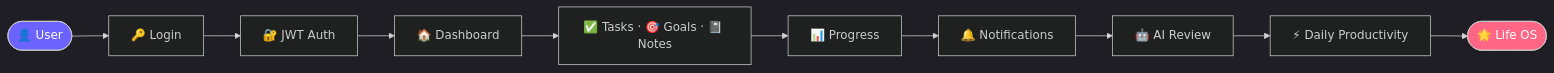
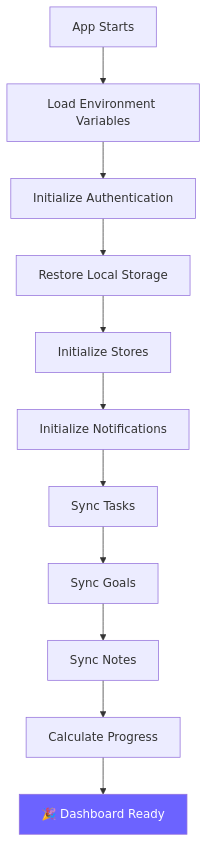
One commit to Pragatees/life-os-refined changed diagram 14 of 14 in README.md. Above: the diagram before and after it, drawn with Mermaid. The commit also changed other lines of this file, not shown here.

````diff
--- a/README.md
+++ b/README.md
@@ -382,14 +490,15 @@
 ```mermaid
-%%{init: {'theme':'dark'}}%%
-flowchart LR
-    U([👤 User]) --> L[🔑 Login] --> J[🔐 JWT Auth] --> D[🏠 Dashboard]
-    D --> TGN["✅ Tasks · 🎯 Goals · 📓 Notes"]
-    TGN --> P[📊 Progress]
-    P --> N[🔔 Notifications]
-    N --> AI[🤖 AI Review]
-    AI --> DP[⚡ Daily Productivity]
-    DP --> LOS([🌟 Life OS])
+flowchart TD
+    A[App Starts] --> B[Load Environment Variables]
+    B --> C[Initialize Authentication]
+    C --> D[Restore Local Storage]
+    D --> E[Initialize Stores]
+    E --> F[Initialize Notifications]
+    F --> G[Sync Tasks]
+    G --> H[Sync Goals]
+    H --> I[Sync Notes]
+    I --> J[Calculate Progress]
+    J --> K["🎉 Dashboard Ready"]
 
-    style U fill:#6C63FF,color:#fff
-    style LOS fill:#FF6584,color:#fff
+    style K fill:#6C63FF,color:#fff
 ```
````
